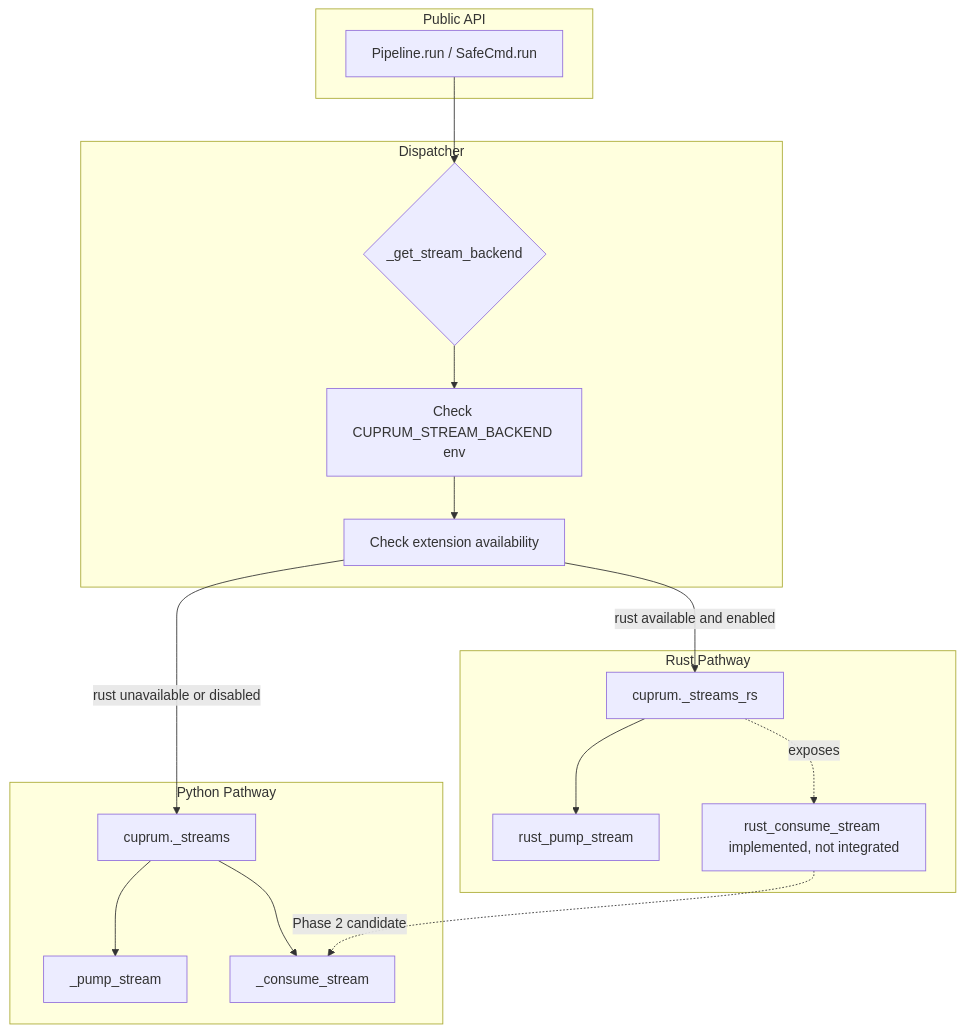
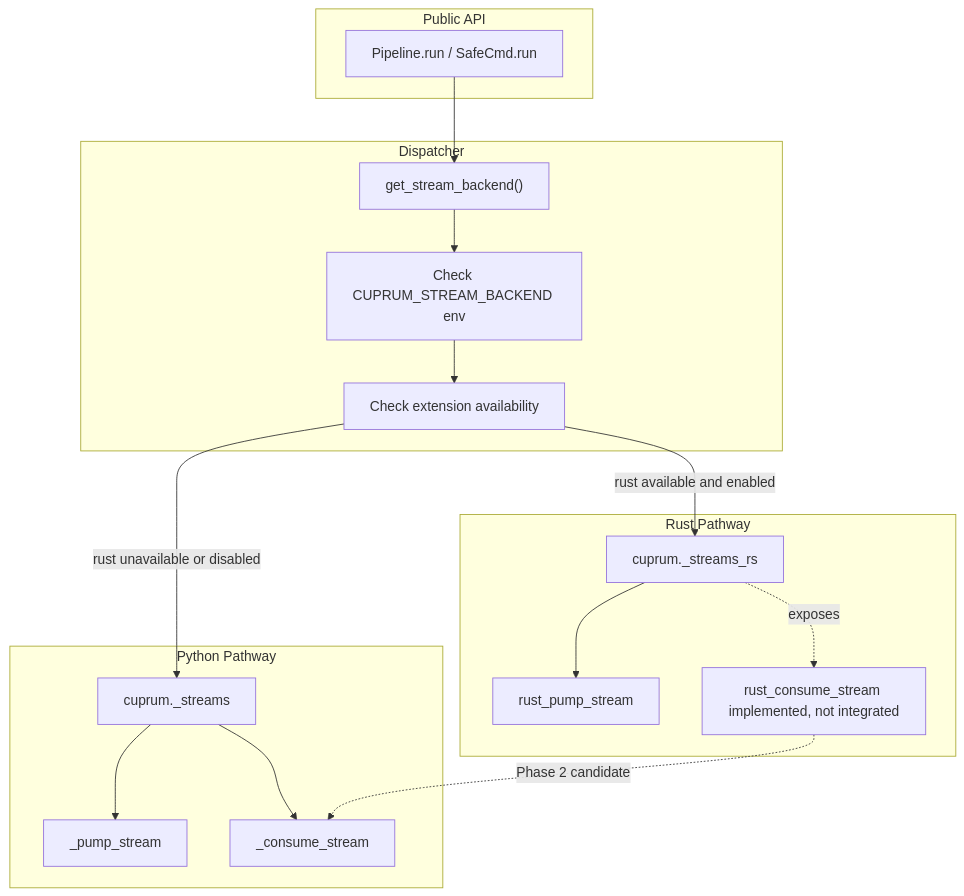
The fifth of 8 diagrams in docs/cuprum-design.md (leynos/cuprum), drawn with Mermaid before and after one commit. The commit also changed other lines of this file and 13 other files, not shown here.

````diff
--- a/docs/cuprum-design.md
+++ b/docs/cuprum-design.md
@@ -1576,35 +1577,35 @@
 ```mermaid
 flowchart TD
     subgraph Public API
         A[Pipeline.run / SafeCmd.run]
     end
 
     subgraph Dispatcher
-        B{_get_stream_backend}
+        B["get_stream_backend()"]
         C[Check CUPRUM_STREAM_BACKEND env]
         D[Check extension availability]
     end
 
     subgraph Python Pathway
         E[cuprum._streams]
         F[_pump_stream]
         G[_consume_stream]
     end
 
     subgraph Rust Pathway
         H[cuprum._streams_rs]
         I[rust_pump_stream]
         J[rust_consume_stream implemented, not integrated]
     end
 
     A --> B
     B --> C
     C --> D
     D -->|rust unavailable or disabled| E
     D -->|rust available and enabled| H
     E --> F
     E --> G
     H --> I
     H -. exposes .-> J
     J -. Phase 2 candidate .-> G
 ```
````
